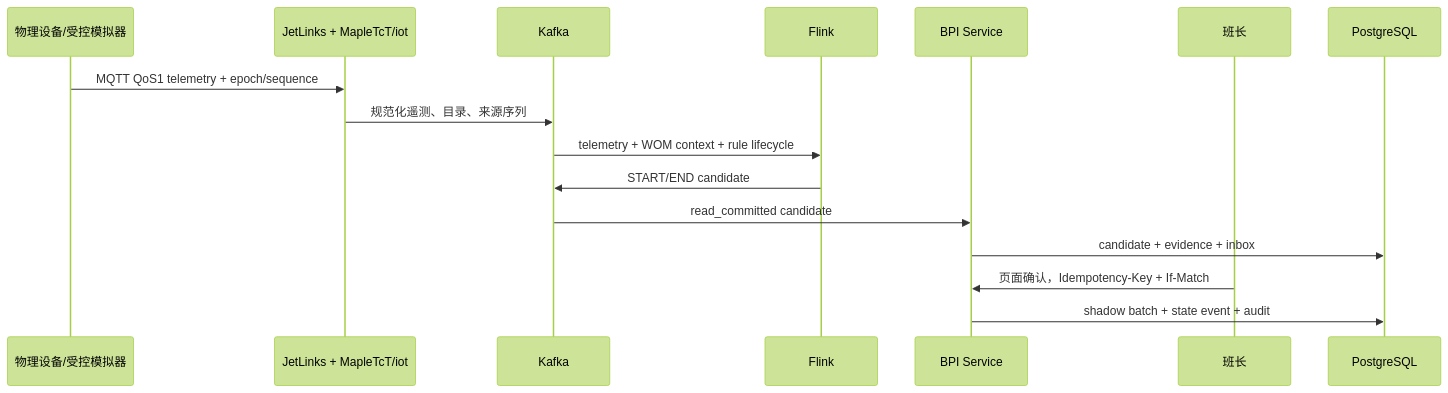
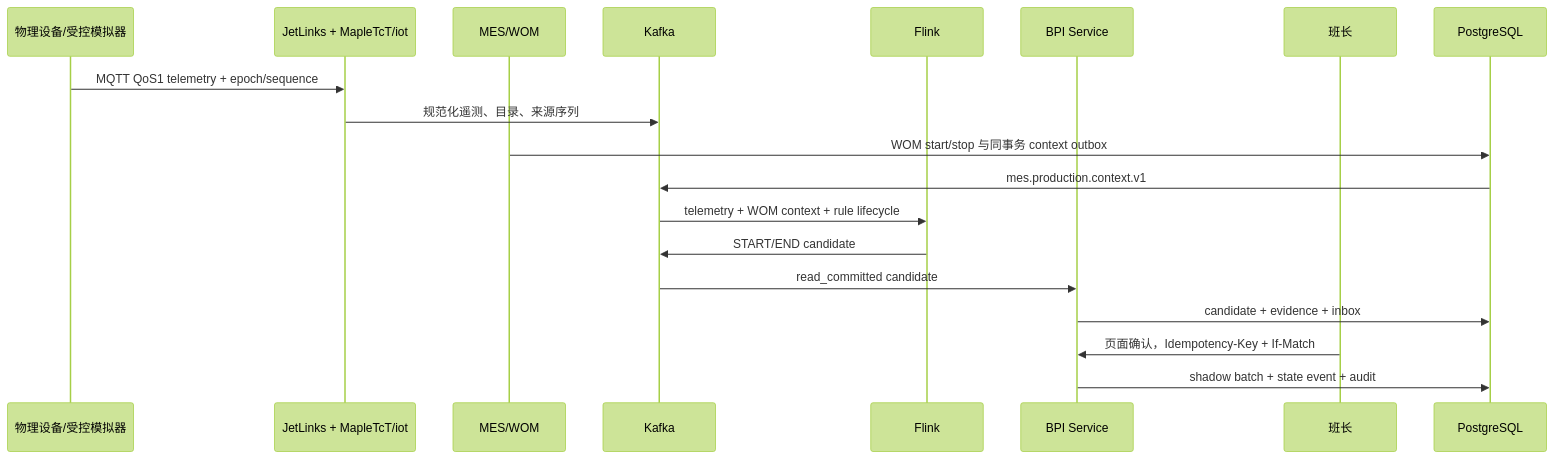
One commit to MapleTcT/ft-mes changed the fourth of 6 diagrams in docs/product/ft-mes-bpi-product-interaction-manual.md. Above: the diagram before and after it, drawn with Mermaid (forest theme). The commit also changed other lines of this file and 18 other files, not shown here.

````diff
--- a/docs/product/ft-mes-bpi-product-interaction-manual.md
+++ b/docs/product/ft-mes-bpi-product-interaction-manual.md
@@ -631,19 +644,22 @@
 ```mermaid
 sequenceDiagram
   participant D as 物理设备/受控模拟器
   participant I as JetLinks + MapleTcT/iot
+  participant M as MES/WOM
   participant K as Kafka
   participant F as Flink
   participant B as BPI Service
   participant U as 班长
   participant P as PostgreSQL
 
   D->>I: MQTT QoS1 telemetry + epoch/sequence
   I->>K: 规范化遥测、目录、来源序列
+  M->>P: WOM start/stop 与同事务 context outbox
+  P->>K: mes.production.context.v1
   K->>F: telemetry + WOM context + rule lifecycle
   F->>K: START/END candidate
   K->>B: read_committed candidate
   B->>P: candidate + evidence + inbox
   U->>B: 页面确认，Idempotency-Key + If-Match
   B->>P: shadow batch + state event + audit
 ```
````
